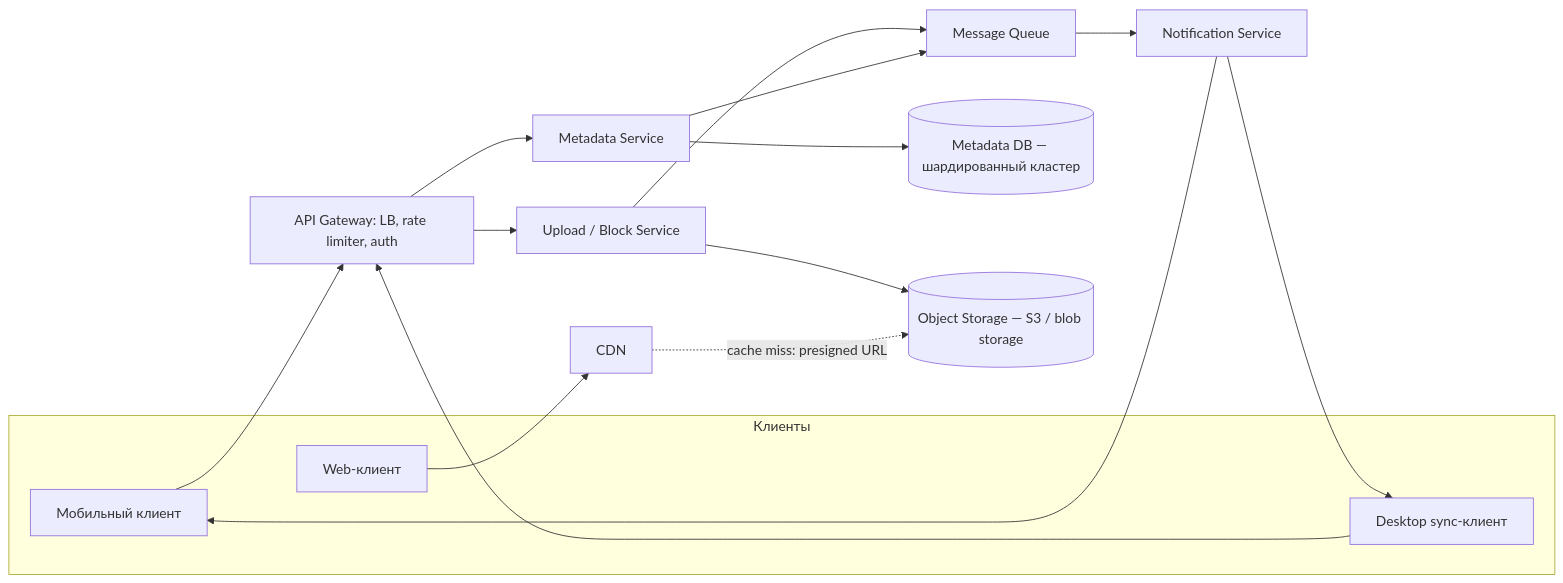
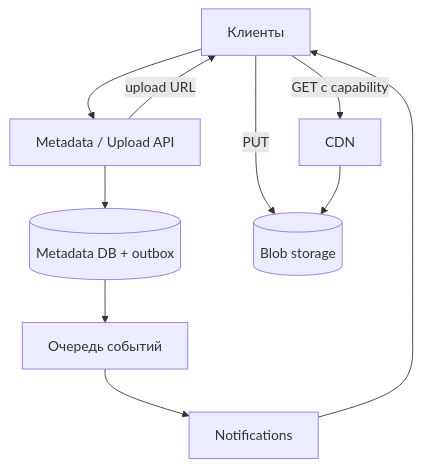
One commit to AlohaJava/system-design-interview-chamkin changed the first of 6 diagrams in 02-case-studies/file-storage.md. Above: the diagram before and after it, drawn with Mermaid. The commit also changed other lines of this file and 49 other files, not shown here.

````diff
--- a/02-case-studies/file-storage.md
+++ b/02-case-studies/file-storage.md
@@ -114,31 +118,12 @@
 ```mermaid
-flowchart LR
-    subgraph Clients["Клиенты"]
-        Web["Web-клиент"]
-        Mob["Мобильный клиент"]
-        Desk["Desktop sync-клиент"]
-    end
-
-    CDN["CDN"]
-    GW["API Gateway: LB, rate limiter, auth"]
-    Meta["Metadata Service"]
-    Upload["Upload / Block Service"]
-    MDB[("Metadata DB — шардированный кластер")]
-    S3[("Object Storage — S3 / blob storage")]
-    Q["Message Queue"]
-    NS["Notification Service"]
-
-    Web --> CDN
-    Mob --> GW
-    Desk --> GW
-    GW --> Meta
-    GW --> Upload
-    Meta --> MDB
-    Upload --> S3
-    Upload --> Q
-    Meta --> Q
-    Q --> NS
-    NS --> Desk
-    NS --> Mob
-    CDN -. "cache miss: presigned URL" .-> S3
+flowchart TB
+    C["Клиенты"] --> API["Metadata / Upload API"]
+    API --> DB[("Metadata DB + outbox")]
+    API -- "upload URL" --> C
+    C -- "PUT" --> B[("Blob storage")]
+    C -- "GET с capability" --> CDN["CDN"]
+    CDN --> B
+    DB --> Q["Очередь событий"]
+    Q --> N["Notifications"]
+    N --> C
 ```
````
